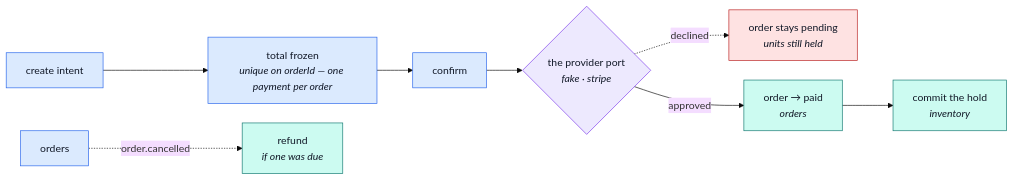
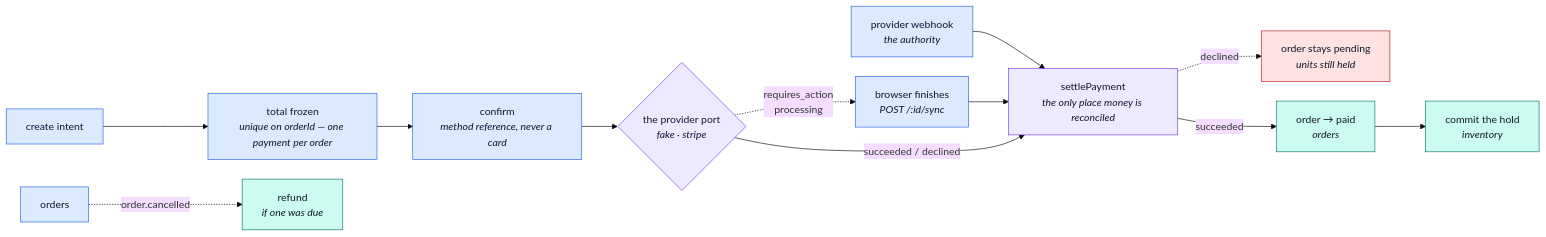
The second of 2 diagrams in docs/modules/payments.md (Guebbit/boilerplate-node-backend), drawn with Mermaid (base theme) before and after one commit. The commit also changed other lines of this file and 31 other files, not shown here.

````diff
--- a/docs/modules/payments.md
+++ b/docs/modules/payments.md
@@ -76,20 +108,24 @@
 ```mermaid
 %%{init: {'flowchart': {'nodeSpacing': 30, 'rankSpacing': 55}}}%%
 flowchart LR
     A["create intent"] --> B["total frozen<br/><i>unique on orderId — one payment per order</i>"]
-    B --> C["confirm"]
+    B --> C["confirm<br/><i>method reference, never a card</i>"]
     C --> D{"the provider port<br/><i>fake · stripe</i>"}
-    D -.->|declined| E["order stays pending<br/><i>units still held</i>"]
-    D -->|approved| F["order → paid<br/><i>orders</i>"]
+    D -.->|"requires_action<br/>processing"| S["browser finishes<br/><i>POST /:id/sync</i>"]
+    W["provider webhook<br/><i>the authority</i>"] --> ST
+    S --> ST["settlePayment<br/><i>the only place money is reconciled</i>"]
+    D -->|"succeeded / declined"| ST
+    ST -.->|declined| E["order stays pending<br/><i>units still held</i>"]
+    ST -->|succeeded| F["order → paid<br/><i>orders</i>"]
     F --> G["commit the hold<br/><i>inventory</i>"]
     OC["orders"] -. "order.cancelled" .-> R["refund<br/><i>if one was due</i>"]
 
     classDef step fill:#dbeafe,stroke:#2563eb,color:#111827;
     classDef port fill:#ede9fe,stroke:#7c3aed,color:#111827;
     classDef done fill:#ccfbf1,stroke:#0f766e,color:#111827;
     classDef bad fill:#fee2e2,stroke:#b91c1c,color:#111827;
-    class A,B,C,OC step;
-    class D port;
+    class A,B,C,OC,S,W step;
+    class D,ST port;
     class F,G,R done;
     class E bad;
 ```
````
